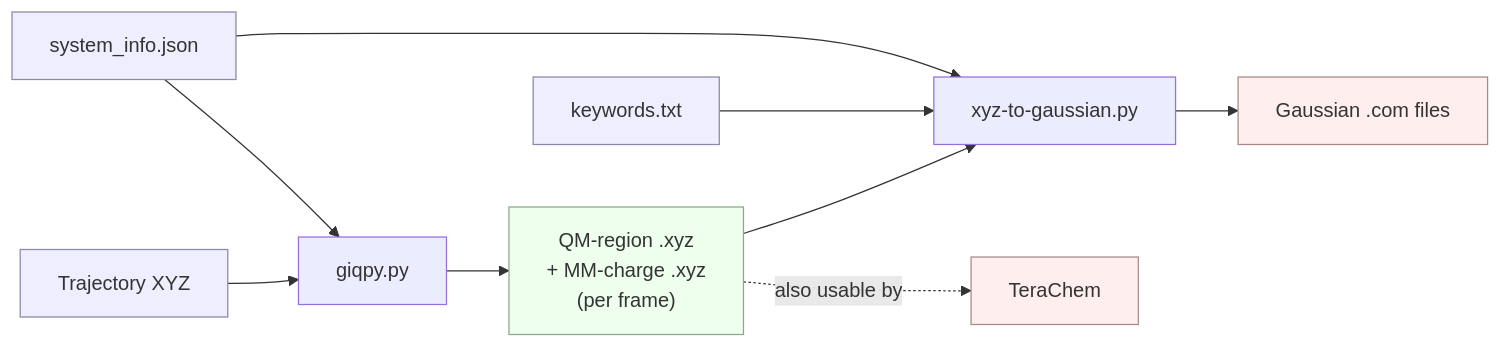
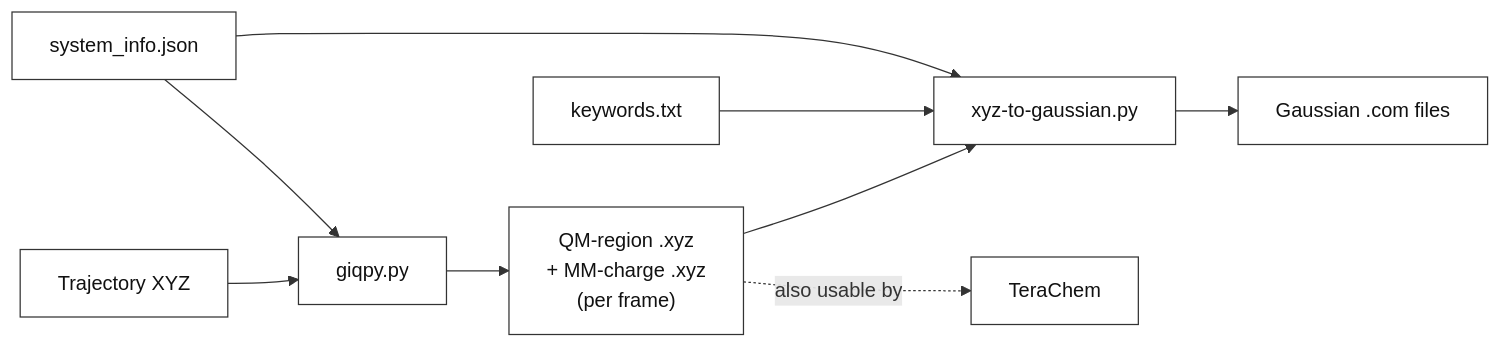
Before and after one commit to sayan919/GIQPy: the diagram in README.md, drawn with Mermaid.

Commit message:
Style README diagram with uniform white boxes and dark text
Replace the pastel/low-contrast node classes with a single style: opaque
white box fill, dark text, subtle border — readable on both GitHub light
and dark themes. (Zoom/pan controls seen in some previews are viewer chrome;
GitHub renders Mermaid as a static, page-width SVG.)

````diff
--- a/README.md
+++ b/README.md
@@ -65,15 +65,14 @@
 ```mermaid
 flowchart LR
-    T[Trajectory XYZ]:::in --> G[giqpy.py]
-    J[system_info.json]:::in --> G
-    G --> X["QM-region .xyz<br/>+ MM-charge .xyz<br/>(per frame)"]:::mid
+    T[Trajectory XYZ] --> G[giqpy.py]
+    J[system_info.json] --> G
+    G --> X["QM-region .xyz<br/>+ MM-charge .xyz<br/>(per frame)"]
     X --> H[xyz-to-gaussian.py]
-    K[keywords.txt]:::in --> H
+    K[keywords.txt] --> H
     J --> H
-    H --> C[Gaussian .com files]:::out
-    X -. also usable by .-> TC[TeraChem]:::out
+    H --> C[Gaussian .com files]
+    X -. also usable by .-> TC[TeraChem]
 
-    classDef in fill:#eef,stroke:#88a;
-    classDef mid fill:#efe,stroke:#8a8;
-    classDef out fill:#fee,stroke:#a88;
+    classDef box fill:#ffffff,stroke:#333333,stroke-width:1px,color:#111111;
+    class T,G,J,X,H,K,C,TC box;
 ```
````
